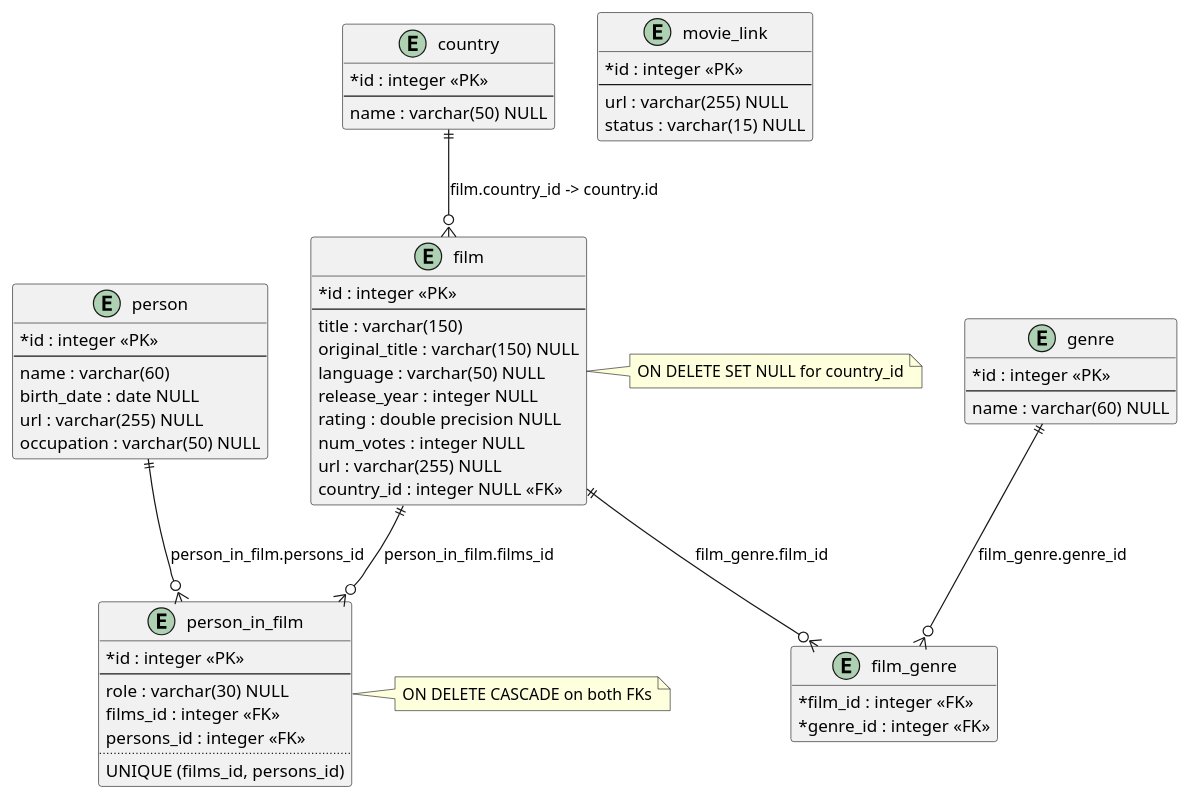
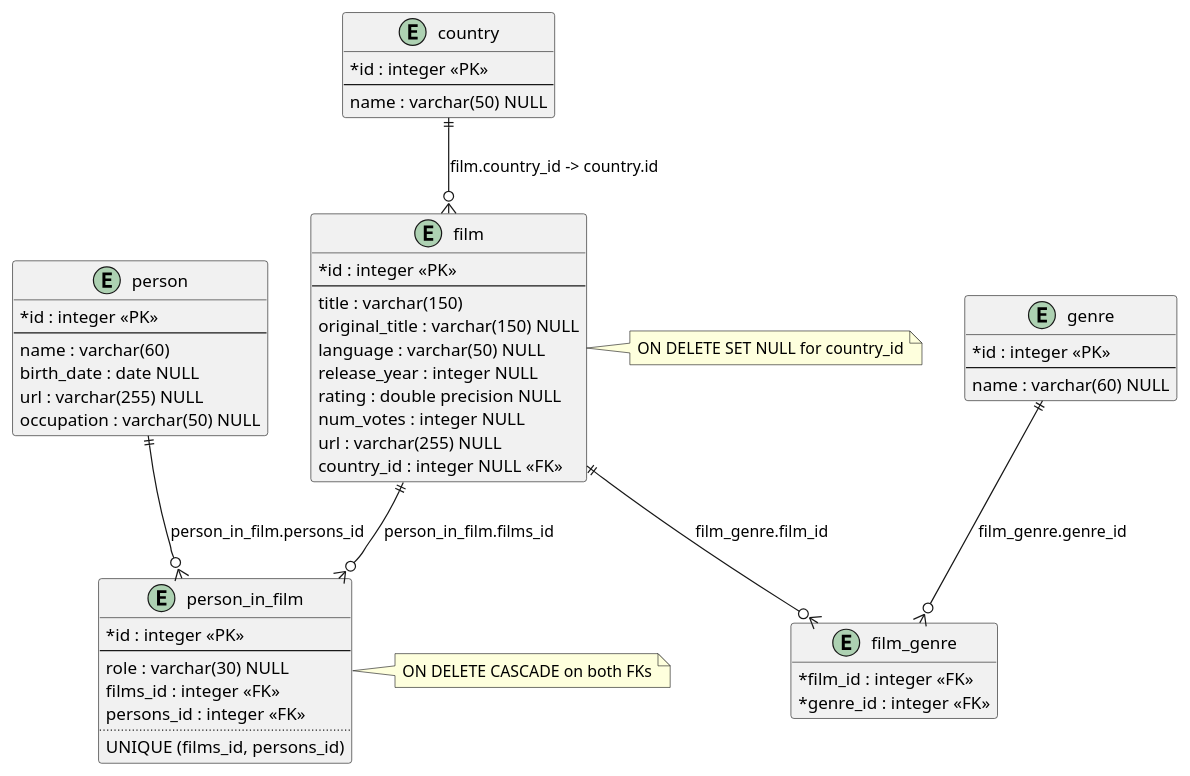
Before and after one commit to nemanjap24/scrapoo: the diagram in docs/db-schema-current.puml, drawn with PlantUML. The commit also changed 9 other files, not shown here.

Commit message:
feat: remove MovieLink entity and update related references; add graph analytics testing documentation

```diff
--- a/docs/db-schema-current.puml
+++ b/docs/db-schema-current.puml
@@ -1,77 +1,70 @@
 @startuml
 ' Current DB schema snapshot (generated from running Docker Postgres on 2026-04-14)
 hide methods
 hide stereotypes
 skinparam classAttributeIconSize 0
 
 entity "country" as country {
   * id : integer <<PK>>
   --
   name : varchar(50) NULL
 }
 
 entity "film" as film {
   * id : integer <<PK>>
   --
   title : varchar(150)
   original_title : varchar(150) NULL
   language : varchar(50) NULL
   release_year : integer NULL
   rating : double precision NULL
   num_votes : integer NULL
   url : varchar(255) NULL
   country_id : integer NULL <<FK>>
 }
 
 entity "genre" as genre {
   * id : integer <<PK>>
   --
   name : varchar(60) NULL
 }
 
 entity "film_genre" as film_genre {
   * film_id : integer <<FK>>
   * genre_id : integer <<FK>>
 }
 
 entity "person" as person {
   * id : integer <<PK>>
   --
   name : varchar(60)
   birth_date : date NULL
   url : varchar(255) NULL
   occupation : varchar(50) NULL
 }
 
 entity "person_in_film" as person_in_film {
   * id : integer <<PK>>
   --
   role : varchar(30) NULL
   films_id : integer <<FK>>
   persons_id : integer <<FK>>
   ..
   UNIQUE (films_id, persons_id)
 }
 
-entity "movie_link" as movie_link {
-  * id : integer <<PK>>
-  --
-  url : varchar(255) NULL
-  status : varchar(15) NULL
-}
-
 country ||--o{ film : "film.country_id -> country.id"
 film ||--o{ film_genre : "film_genre.film_id"
 genre ||--o{ film_genre : "film_genre.genre_id"
 film ||--o{ person_in_film : "person_in_film.films_id"
 person ||--o{ person_in_film : "person_in_film.persons_id"
 
 note right of film
   ON DELETE SET NULL for country_id
 end note
 
 note right of person_in_film
   ON DELETE CASCADE on both FKs
 end note
 
 @enduml
```
